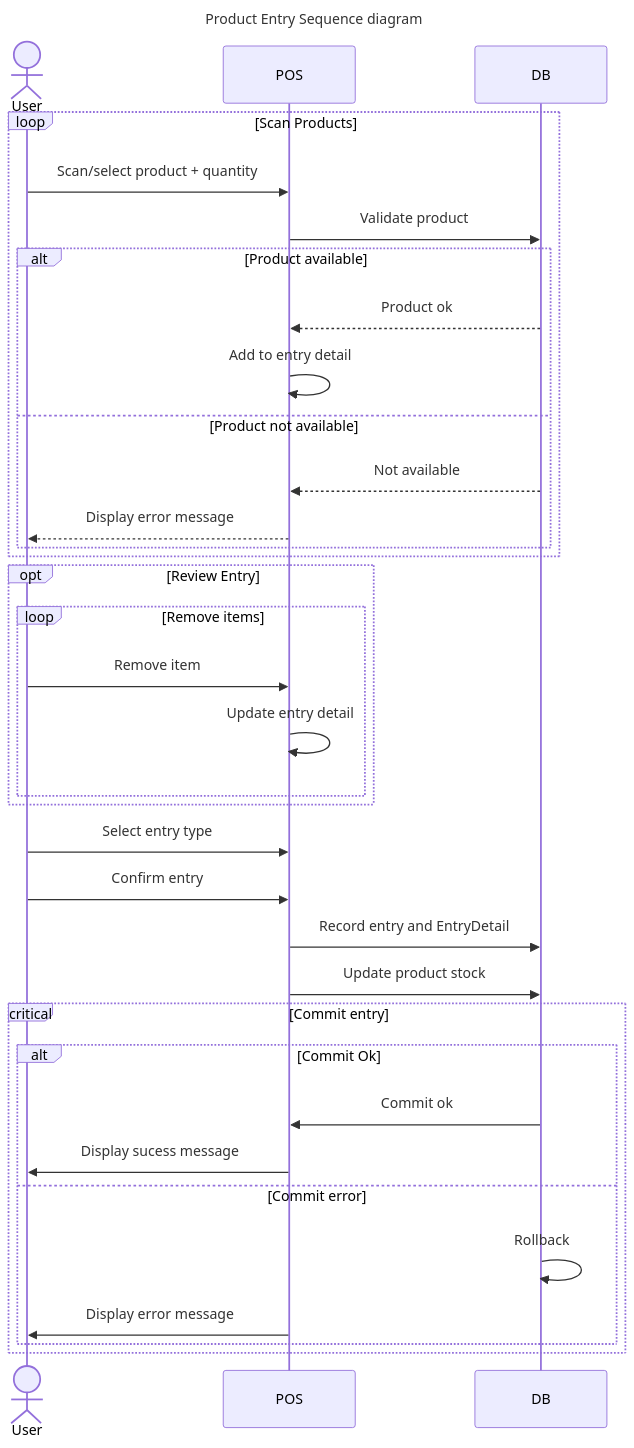
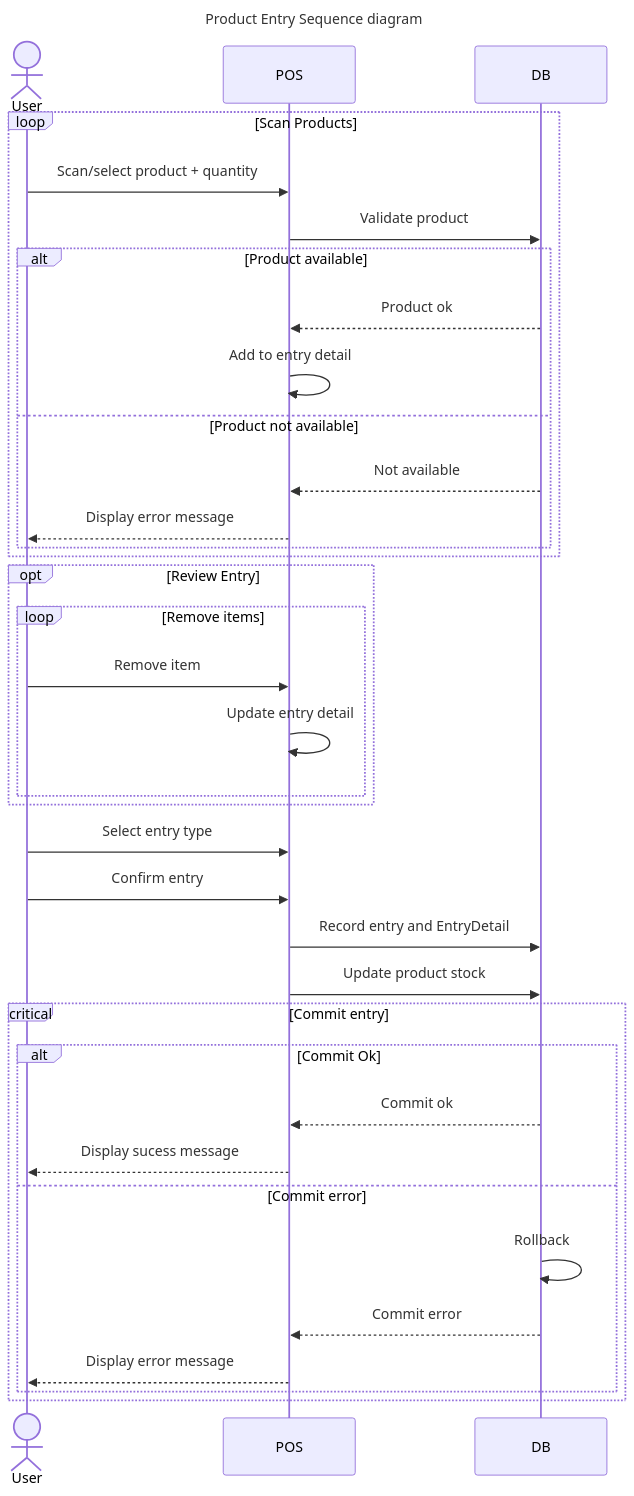
Before and after one commit to SoyDavidJoan/Sugar_free_POS: the fourth of 6 diagrams in Docs/04_Desing.md, drawn with Mermaid. The commit also changed other lines of this file and 4 other files, not shown here.

Commit message:
Add Cancel sale sequence diagram image and update design document

````diff
--- a/Docs/04_Desing.md
+++ b/Docs/04_Desing.md
@@ -264,39 +265,40 @@
 ```mermaid
 ---
 title: Product Entry Sequence diagram
 ---
 sequenceDiagram
   actor User as User
   participant POS as POS
   participant DB as DB
   loop Scan Products
     User ->> POS: Scan/select product + quantity
     POS ->> DB: Validate product
     alt Product available
       DB -->> POS: Product ok
       POS ->> POS: Add to entry detail
     else Product not available
       DB -->> POS: Not available
       POS -->> User: Display error message
     end
   end
   opt Review Entry
     loop Remove items
       User ->> POS: Remove item
       POS ->> POS: Update entry detail
     end
   end
   User ->> POS: Select entry type
   User ->> POS: Confirm entry
   POS ->> DB: Record entry and EntryDetail
   POS ->> DB: Update product stock
   critical Commit entry 
     alt Commit Ok
-      DB ->> POS: Commit ok
-      POS ->> User: Display sucess message
+      DB -->> POS: Commit ok
+      POS -->> User: Display sucess message
     else Commit error
       DB ->> DB: Rollback
-      POS ->> User: Display error message
+      DB -->> POS: Commit error
+      POS -->> User: Display error message
     end
   end
 ```
````
